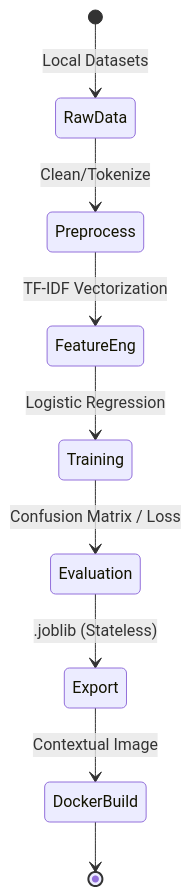
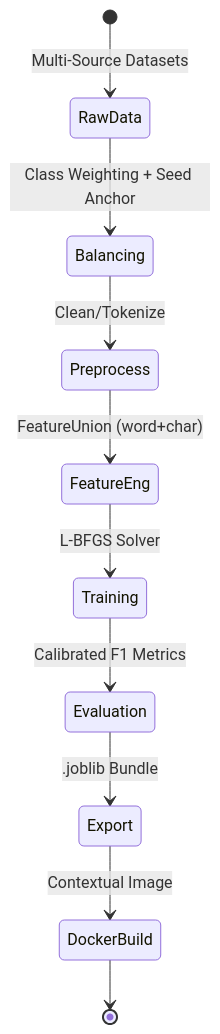
Before and after one commit to khizardev123/fyp-mental-health: the seventh of 15 diagrams in README.md, drawn with Mermaid. The commit also changed other lines of this file, not shown here.

Commit message:
Update README with 15 comprehensive flow diagrams (Unified v4 architecture)

````diff
--- a/README.md
+++ b/README.md
@@ -132,11 +123,12 @@
 ```mermaid
 stateDiagram-v2
-    [*] --> RawData: Local Datasets
-    RawData --> Preprocess: Clean/Tokenize
-    Preprocess --> FeatureEng: TF-IDF Vectorization
-    FeatureEng --> Training: Logistic Regression
-    Training --> Evaluation: Confusion Matrix / Loss
-    Evaluation --> Export: .joblib (Stateless)
+    [*] --> RawData: Multi-Source Datasets
+    RawData --> Balancing: Class Weighting + Seed Anchor
+    Balancing --> Preprocess: Clean/Tokenize
+    Preprocess --> FeatureEng: FeatureUnion (word+char)
+    FeatureEng --> Training: L-BFGS Solver
+    Training --> Evaluation: Calibrated F1 Metrics
+    Evaluation --> Export: .joblib Bundle
     Export --> DockerBuild: Contextual Image
     DockerBuild --> [*]
 ```
````
